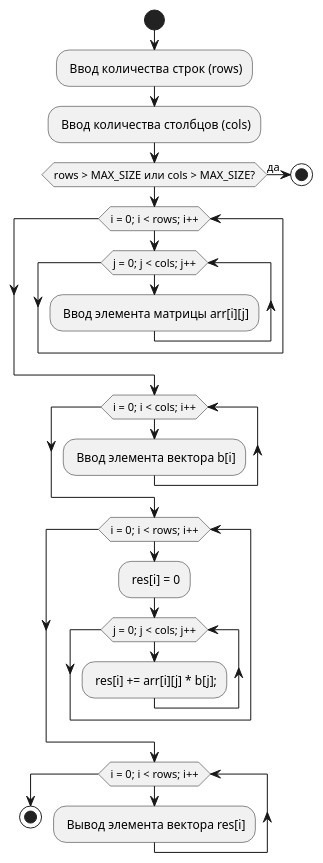
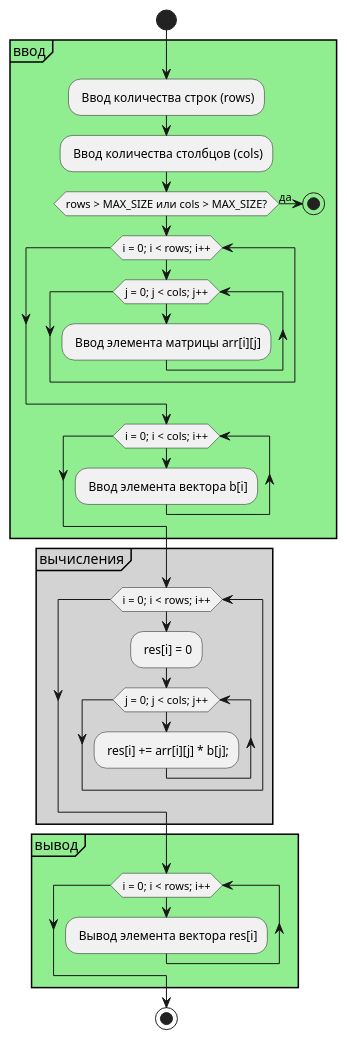
Before and after one commit to ermakov0/ivt-cpp: the diagram in uml/06-1-2darray.puml, drawn with PlantUML. The commit also changed 25 other files, not shown here.

```diff
--- a/uml/06-1-2darray.puml
+++ b/uml/06-1-2darray.puml
@@ -1,30 +1,34 @@
 @startuml 06-1-2darray
 start
-- Ввод количества строк (rows)
-- Ввод количества столбцов (cols)
-if (rows > MAX_SIZE или cols > MAX_SIZE?) then
-else (да)
-    stop
-endif
+partition #lightGreen "ввод" {
+    - Ввод количества строк (rows)
+    - Ввод количества столбцов (cols)
+    if (rows > MAX_SIZE или cols > MAX_SIZE?) then
+    else (да)
+        stop
+    endif
 
-while (i = 0; i < rows; i++)
-    while (j = 0; j < cols; j++)
-        - Ввод элемента матрицы arr[i][j]
+    while (i = 0; i < rows; i++)
+        while (j = 0; j < cols; j++)
+            - Ввод элемента матрицы arr[i][j]
+        endwhile
     endwhile
-endwhile
-while (i = 0; i < cols; i++)
-    - Ввод элемента вектора b[i]
-endwhile
-
-while (i = 0; i < rows; i++)
-    - res[i] = 0
-    while (j = 0; j < cols; j++)
-        - res[i] += arr[i][j] * b[j];
+    while (i = 0; i < cols; i++)
+        - Ввод элемента вектора b[i]
     endwhile
-endwhile
-
-while (i = 0; i < rows; i++)
-    - Вывод элемента вектора res[i]
-endwhile
+}
+partition #lightGray "вычисления" {
+    while (i = 0; i < rows; i++)
+        - res[i] = 0
+        while (j = 0; j < cols; j++)
+            - res[i] += arr[i][j] * b[j];
+        endwhile
+    endwhile
+}
+partition #lightGreen "вывод" {
+    while (i = 0; i < rows; i++)
+        - Вывод элемента вектора res[i]
+    endwhile
+}
 stop
 @enduml
```
